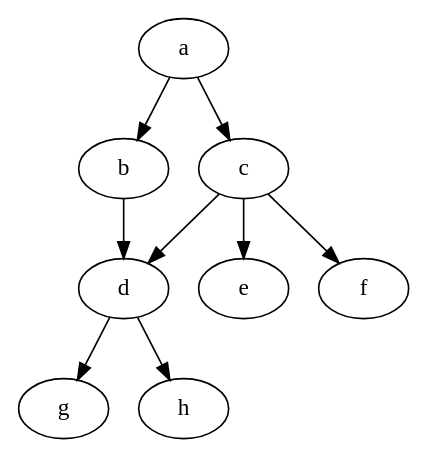
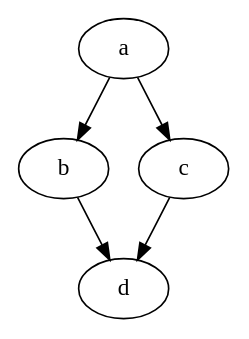
One commit to nateeo/parallel-task-scheduler changed the diagram in INPUT-output.dot. Above: the diagram before and after it, drawn with Graphviz. The commit also changed 2 other files, not shown here.

```diff
--- a/INPUT-output.dot
+++ b/INPUT-output.dot
@@ -1,18 +1,10 @@
-digraph "outputExample1" {
-	a				[ Weight =2,Start =0,Processor =2];
-	b				[ Weight =3,Start =3,Processor =1];
-	a -> b 	[Weight=1];
-	c				[ Weight =5,Start =2,Processor =2];
-	a -> c	[Weight=3];
-	d				[ Weight =1,Start =10,Processor =2];
-	b -> d	[Weight=4];
-	c -> d	[Weight=4];
-	e				[ Weight =2,Start =7,Processor =2];
-	c -> e	[Weight=2];
-	f				[ Weight =2,Start =8,Processor =1];
-	c -> f	[Weight=1];
-	g				[ Weight =5,Start =11,Processor =2];
-	d -> g	[Weight=1];
-	h				[ Weight =2,Start =13,Processor =1];
-	d -> h	[Weight=2];
+digraph "outputExample" {
+	a				[ Weight =2,Start =0,Processor =1];
+	b				[ Weight =3,Start =3,Processor =2];
+    a -> b          [ Weight =1];
+	c				[ Weight =3,Start =2,Processor =1];
+    a -> c          [ Weight =2];
+	d				[ Weight =2,Start =6,Processor =2];
+    b -> d          [ Weight =2];
+    c -> d          [ Weight =1];
 }
```
